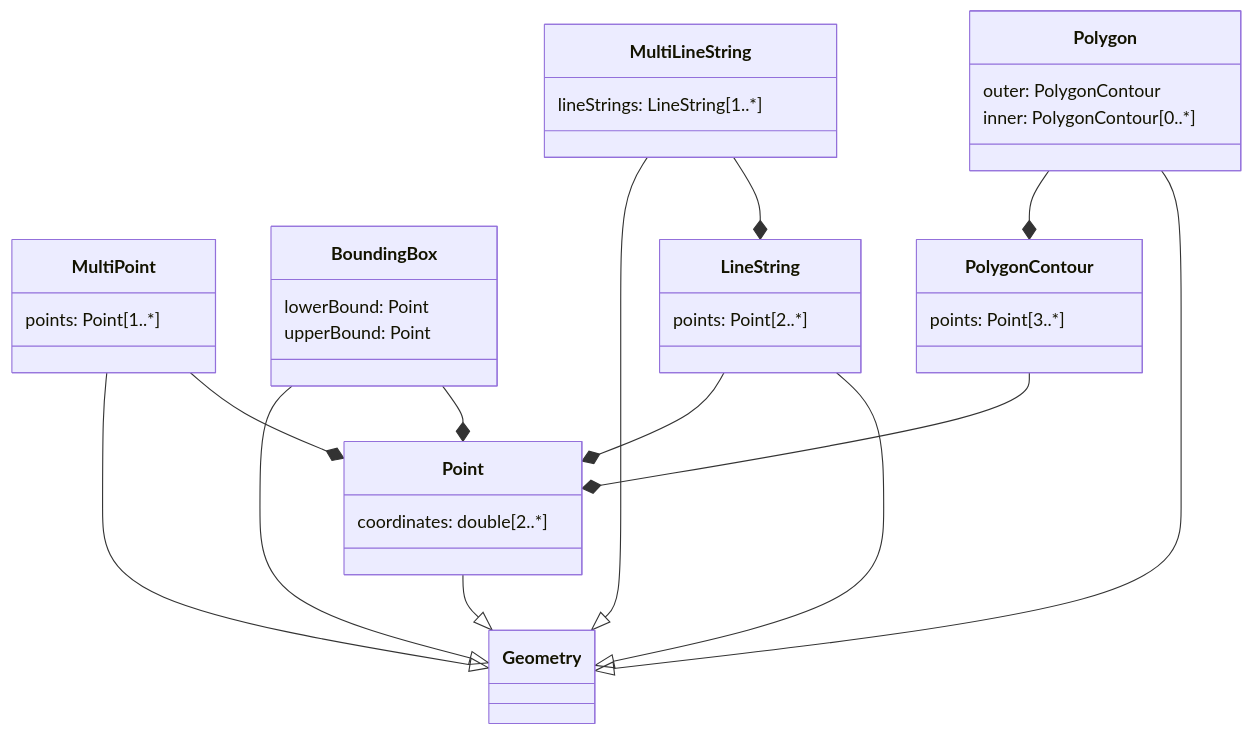
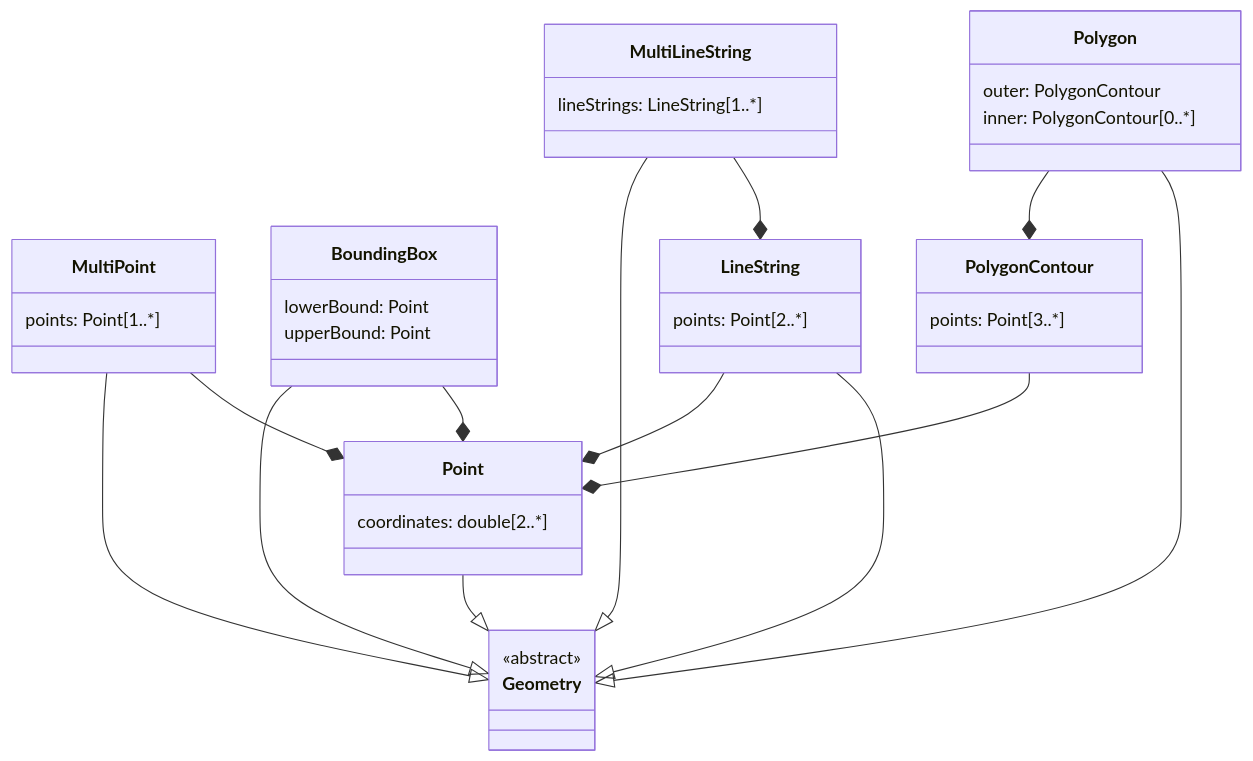
Before and after one commit to opengeospatial/styles-and-symbology: the diagram in core/UML/mermaid/geometry.md, drawn with Mermaid. The commit also changed 3 other files, not shown here.

````diff
--- a/core/UML/mermaid/geometry.md
+++ b/core/UML/mermaid/geometry.md
@@ -3,48 +3,50 @@
 ```mermaid
 classDiagram
 
-class Geometry
+class Geometry {
+   <<abstract>>
+}
 
 class Point {
    coordinates: double[2..*]
 }
 Point --|> Geometry
 
 class MultiPoint {
    points: Point[1..*]
 }
 MultiPoint --|> Geometry
 MultiPoint --* Point
 
 class BoundingBox {
    lowerBound: Point
    upperBound: Point
 }
 BoundingBox --|> Geometry
 BoundingBox --* Point
 
 class LineString {
    points: Point[2..*]
 }
 LineString --* Point
 LineString --|> Geometry
 
 class MultiLineString {
    lineStrings: LineString[1..*]
 }
 MultiLineString --|> Geometry
 MultiLineString --* LineString
 
 class PolygonContour {
    points: Point[3..*]
 }
 PolygonContour --* Point
 
 class Polygon {
    outer: PolygonContour
    inner: PolygonContour[0..*]
 }
 Polygon --* PolygonContour
 Polygon --|> Geometry
 
 ```
````
